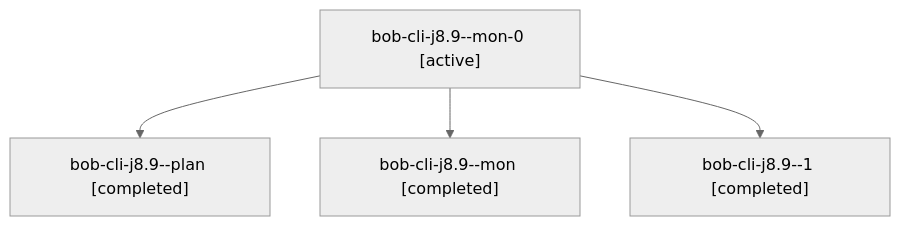
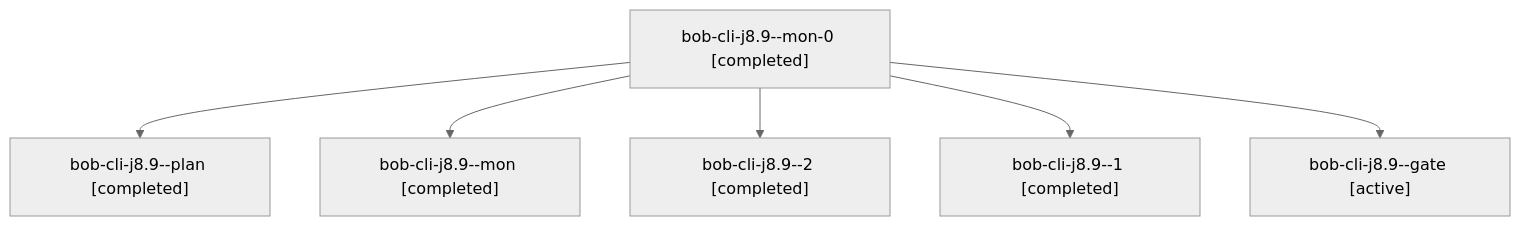
The diagram in sessions/bbugyi200.apollo.bob-cli-j8.9.md (bobs-org/bob-cli--agents), drawn with Mermaid (neutral theme) before and after one commit. The commit also changed other lines of this file and 79 other files, not shown here.

````diff
--- a/sessions/bbugyi200.apollo.bob-cli-j8.9.md
+++ b/sessions/bbugyi200.apollo.bob-cli-j8.9.md
@@ -9,10 +9,14 @@
 ```mermaid
 flowchart TD
-  n0["bob-cli-j8.9--mon-0 [active]"]
+  n0["bob-cli-j8.9--mon-0 [completed]"]
   n1["bob-cli-j8.9--plan [completed]"]
   n0 --> n1
   n2["bob-cli-j8.9--mon [completed]"]
   n0 --> n2
-  n3["bob-cli-j8.9--1 [completed]"]
+  n3["bob-cli-j8.9--2 [completed]"]
   n0 --> n3
+  n4["bob-cli-j8.9--1 [completed]"]
+  n0 --> n4
+  n5["bob-cli-j8.9--gate [active]"]
+  n0 --> n5
 ```
````
